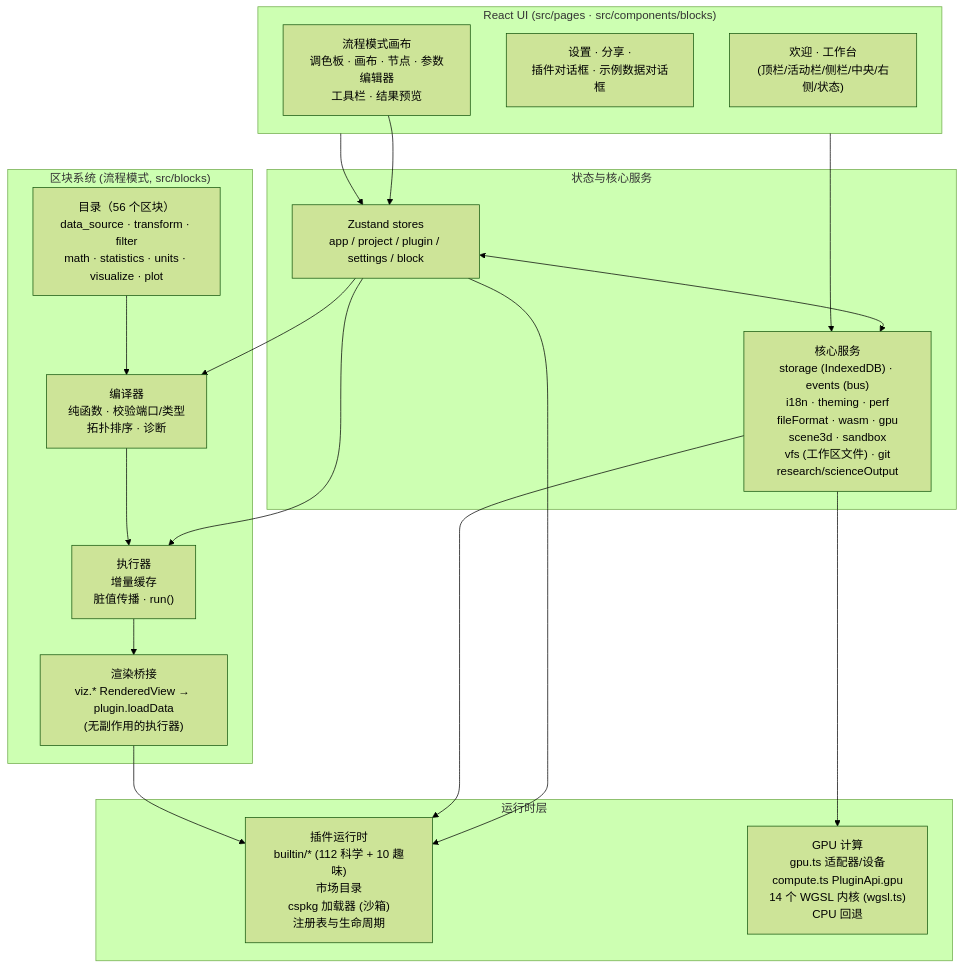
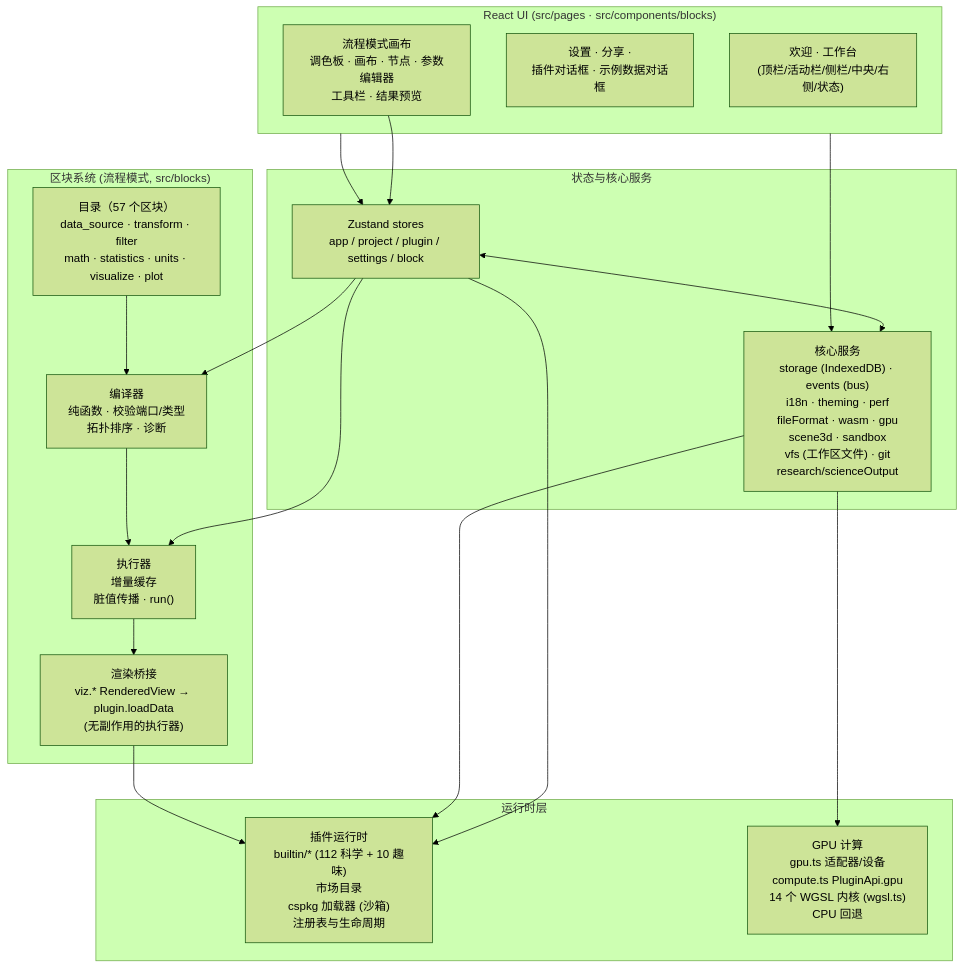
One commit to SnowLeopard-io/ErgalicsStudio changed the diagram in README.zh-CN.md. Above: the diagram before and after it, drawn with Mermaid (forest theme). The commit also changed other lines of this file and 14 other files, not shown here.

````diff
--- a/README.zh-CN.md
+++ b/README.zh-CN.md
@@ -172,39 +172,39 @@
 ```mermaid
 flowchart TB
     subgraph UI["React UI (src/pages · src/components/blocks)"]
         A1["欢迎 · 工作台<br/>(顶栏/活动栏/侧栏/中央/右侧/状态)"]
         A2["设置 · 分享 ·<br/>插件对话框 · 示例数据对话框"]
         A3["流程模式画布<br/>调色板 · 画布 · 节点 · 参数编辑器<br/>工具栏 · 结果预览"]
     end
 
     subgraph State["状态与核心服务"]
         B1["Zustand stores<br/>app / project / plugin / settings / block"]
         B2["核心服务<br/>storage (IndexedDB) · events (bus)<br/>i18n · theming · perf<br/>fileFormat · wasm · gpu<br/>scene3d · sandbox<br/>vfs (工作区文件) · git<br/>research/scienceOutput"]
     end
 
     subgraph Blocks["区块系统 (流程模式, src/blocks)"]
-        D1["目录（56 个区块）<br/>data_source · transform · filter<br/>math · statistics · units · visualize · plot"]
+        D1["目录（57 个区块）<br/>data_source · transform · filter<br/>math · statistics · units · visualize · plot"]
         D2["编译器<br/>纯函数 · 校验端口/类型<br/>拓扑排序 · 诊断"]
         D3["执行器<br/>增量缓存<br/>脏值传播 · run()"]
         D4["渲染桥接<br/>viz.* RenderedView → plugin.loadData<br/>(无副作用的执行器)"]
     end
 
     subgraph Runtime["运行时层"]
         C1["插件运行时<br/>builtin/* (112 科学 + 10 趣味)<br/>市场目录<br/>cspkg 加载器 (沙箱)<br/>注册表与生命周期"]
         C2["GPU 计算<br/>gpu.ts 适配器/设备<br/>compute.ts PluginApi.gpu<br/>14 个 WGSL 内核 (wgsl.ts)<br/>CPU 回退"]
     end
 
     UI --> B1
     UI --> B2
     B1 <--> B2
     B1 --> C1
     B2 --> C1
     B2 --> C2
     A3 --> B1
     B1 --> D2
     B1 --> D3
     D2 --> D3
     D1 --> D2
     D3 --> D4
     D4 --> C1
 ```
````
